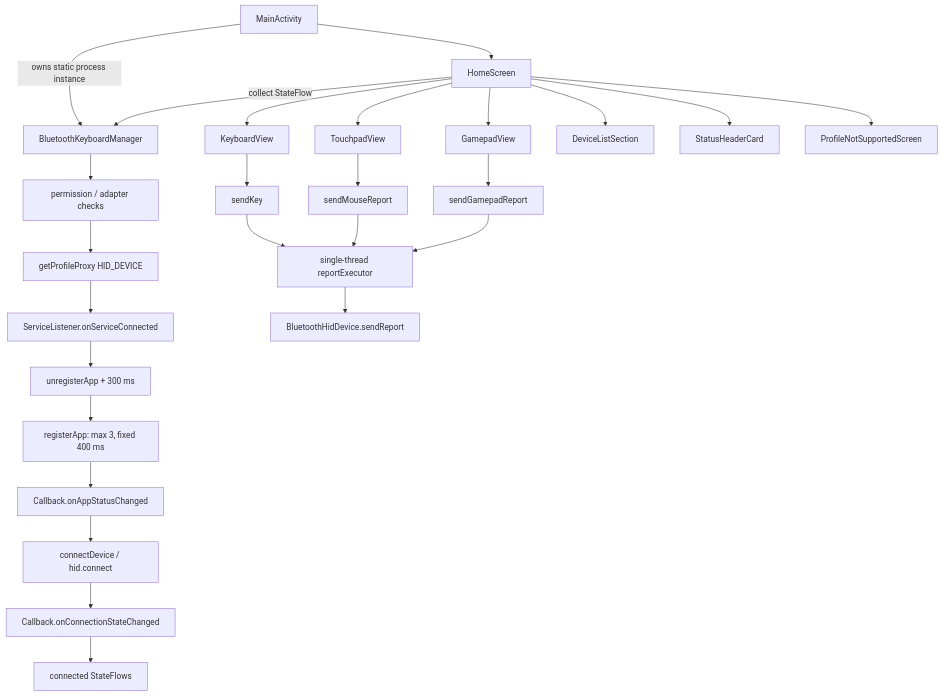
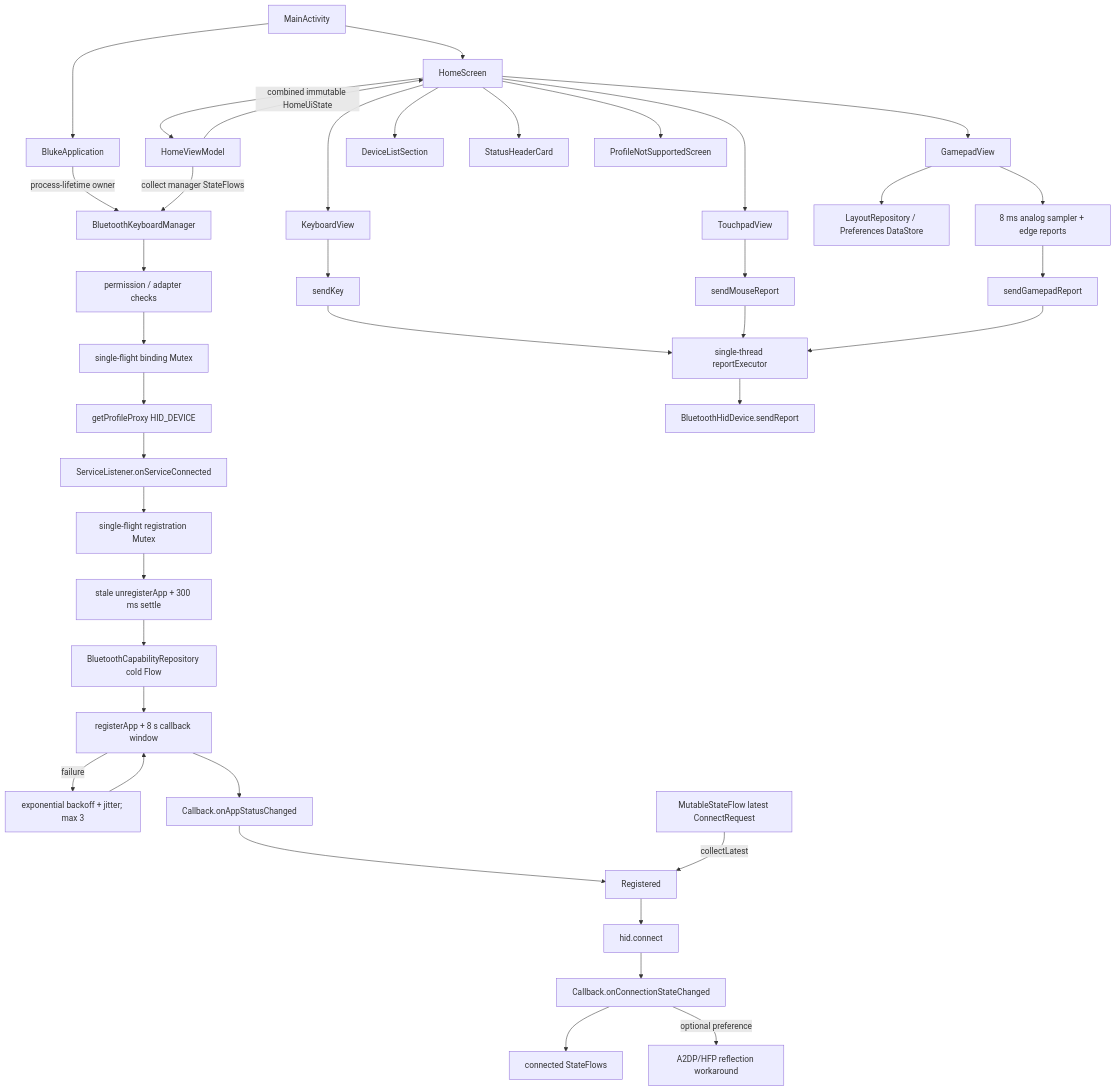
Before and after one commit to arnav-kr/Bluke: the diagram in docs/AUDIT.md, drawn with Mermaid. The commit also changed other lines of this file, not shown here.

````diff
--- a/docs/AUDIT.md
+++ b/docs/AUDIT.md
@@ -159,29 +164,42 @@
 ```mermaid
 flowchart TD
-    MA[MainActivity] -->|owns static process instance| BKM[BluetoothKeyboardManager]
+    APP[BlukeApplication] -->|process-lifetime owner| BKM[BluetoothKeyboardManager]
+    MA[MainActivity] --> APP
     MA --> HS[HomeScreen]
+    HS --> HVM[HomeViewModel]
+    HVM -->|combined immutable HomeUiState| HS
+    HVM -->|collect manager StateFlows| BKM
     HS --> KB[KeyboardView]
     HS --> TP[TouchpadView]
     HS --> GP[GamepadView]
+    GP --> LR[LayoutRepository / Preferences DataStore]
     HS --> DLS[DeviceListSection]
     HS --> SHC[StatusHeaderCard]
     HS --> PNS[ProfileNotSupportedScreen]
-    HS -->|collect StateFlow| BKM
 
     BKM --> CAP[permission / adapter checks]
-    CAP --> GPP[getProfileProxy HID_DEVICE]
-    GPP --> PSC[ServiceListener.onServiceConnected]
-    PSC --> UA[unregisterApp + 300 ms]
-    UA --> RA[registerApp: max 3, fixed 400 ms]
+    CAP --> GPP[single-flight binding Mutex]
+    GPP --> GPC[getProfileProxy HID_DEVICE]
+    GPC --> PSC[ServiceListener.onServiceConnected]
+    PSC --> RM[single-flight registration Mutex]
+    RM --> UA[stale unregisterApp + 300 ms settle]
+    UA --> BCR[BluetoothCapabilityRepository cold Flow]
+    BCR --> RA[registerApp + 8 s callback window]
+    RA -->|failure| BO[exponential backoff + jitter; max 3]
+    BO --> RA
     RA --> ASC[Callback.onAppStatusChanged]
-    ASC --> CON[connectDevice / hid.connect]
+    ASC --> REG[Registered]
+    REQ[MutableStateFlow latest ConnectRequest] -->|collectLatest| REG
+    REG --> CON[hid.connect]
     CON --> CSC[Callback.onConnectionStateChanged]
     CSC --> CR[connected StateFlows]
+    CSC -->|optional preference| AUDIO[A2DP/HFP reflection workaround]
     KB --> SR[sendKey]
     TP --> MR[sendMouseReport]
-    GP --> GR[sendGamepadReport]
+    GP --> TICK[8 ms analog sampler + edge reports]
+    TICK --> GR[sendGamepadReport]
     SR --> Q[single-thread reportExecutor]
     MR --> Q
     GR --> Q
     Q --> HID[BluetoothHidDevice.sendReport]
 ```
````
